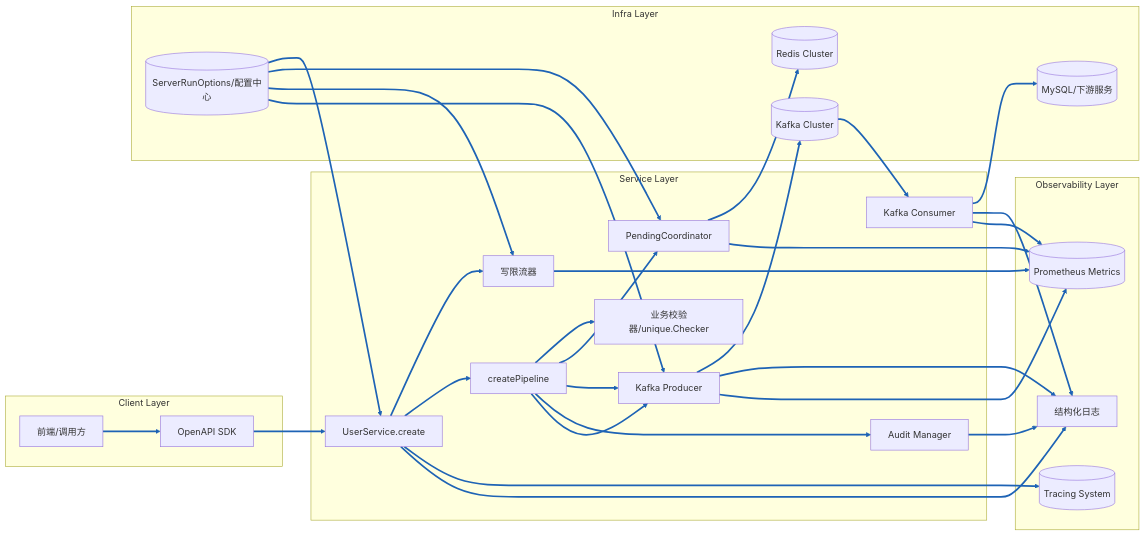
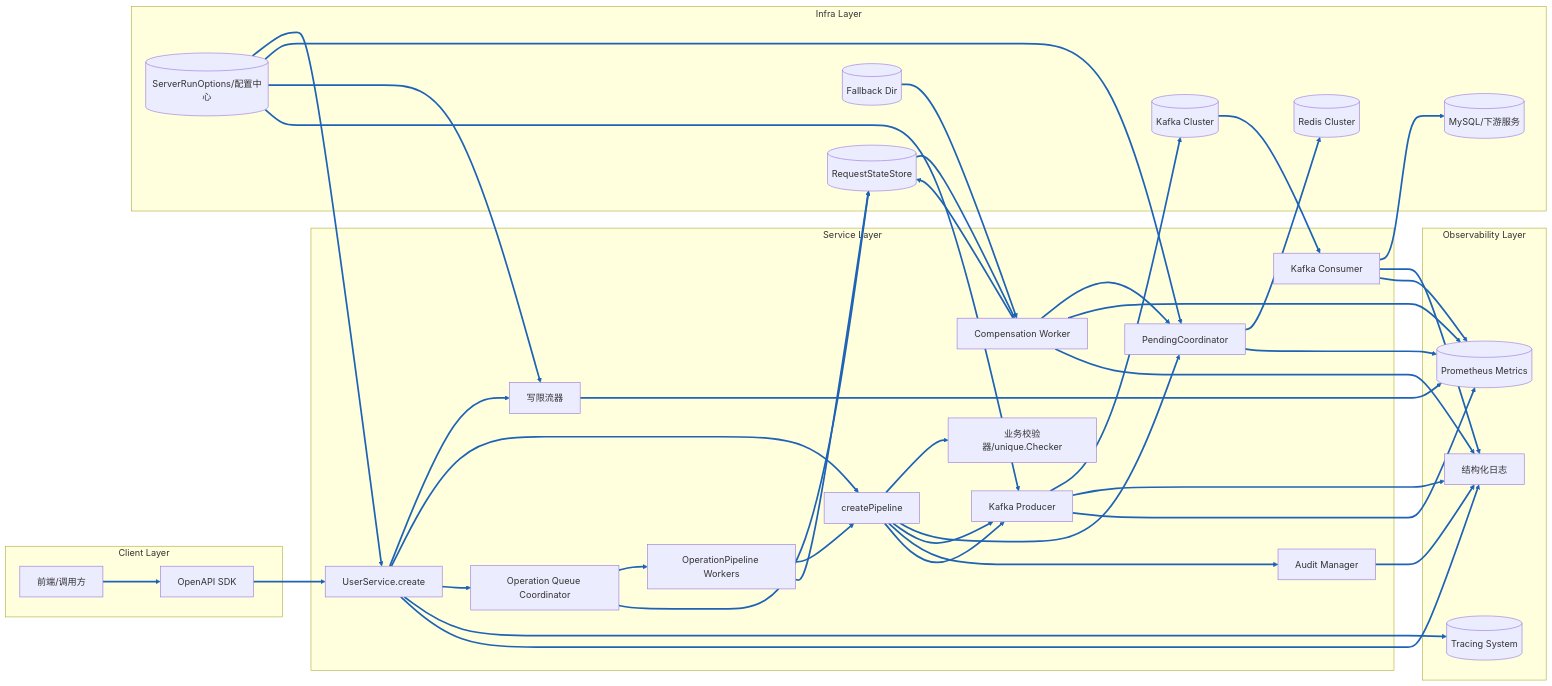
One commit to maxiaolu197102/cdmp-mini changed the first of 11 diagrams in doc/create_api_analysis.md. Above: the diagram before and after it, drawn with Mermaid. The commit also changed other lines of this file and 9 other files, not shown here.

````diff
--- a/doc/create_api_analysis.md
+++ b/doc/create_api_analysis.md
@@ -9,60 +12,76 @@
 ```mermaid
 %%{init: {'themeVariables': {'lineColor': '#1E63B5', 'flowchartLinkColor': '#1E63B5', 'lineWidth': 3}}}%%
 graph LR
     subgraph Client Layer
         UI[前端/调用方]
         SDK[OpenAPI SDK]
     end
 
     subgraph Service Layer
         API[UserService.create]
         Pipeline[createPipeline]
         Validator[业务校验器/unique.Checker]
         RateLimiter[写限流器]
         PendingSvc[PendingCoordinator]
         Audit[Audit Manager]
         Producer[Kafka Producer]
         Consumer[Kafka Consumer]
+        OpQueue[Operation Queue Coordinator]
+        OpWorkers[OperationPipeline Workers]
+        Compensator[Compensation Worker]
     end
 
     subgraph Observability Layer
         Logger[结构化日志]
         Metrics[(Prometheus Metrics)]
         Tracing[(Tracing System)]
     end
 
     subgraph Infra Layer
         Redis[(Redis Cluster)]
         Kafka[(Kafka Cluster)]
         DB[(MySQL/下游服务)]
         Config[(ServerRunOptions/配置中心)]
+        StateStore[(RequestStateStore)]
+        Fallback[(Fallback Dir)]
     end
 
     UI --> SDK --> API
     API --> RateLimiter
     API --> Pipeline
     Pipeline --> Validator
     Pipeline --> PendingSvc
     Pipeline --> Producer
     Pipeline --> Audit
+    API --> OpQueue
+    OpQueue --> OpWorkers
+    OpQueue --> StateStore
+    OpWorkers --> Pipeline
+    OpWorkers --> StateStore
+    Compensator --> StateStore
+    Compensator --> PendingSvc
+    Compensator --> Metrics
+    Compensator --> Logger
     PendingSvc --> Redis
     PendingSvc --> Metrics
     RateLimiter --> Metrics
     Audit --> Logger
     Pipeline --> Producer
     Producer --> Kafka
     Producer --> Logger
     Producer --> Metrics
     Kafka --> Consumer
     Consumer --> DB
     Consumer --> Logger
     Consumer --> Metrics
+    Fallback --> Compensator
+    StateStore --> Compensator
     API --> Tracing
     API --> Logger
     Config --> API
     Config --> PendingSvc
     Config --> RateLimiter
     Config --> Producer
 
     linkStyle default stroke:#1E63B5,stroke-width:3px
 ```
````
